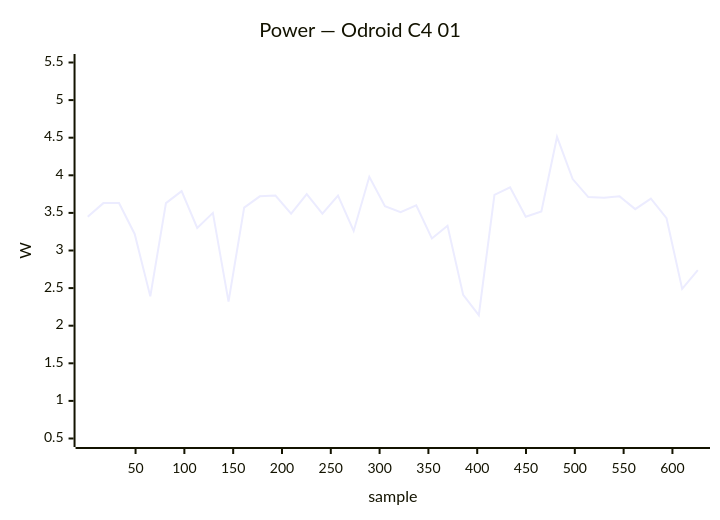
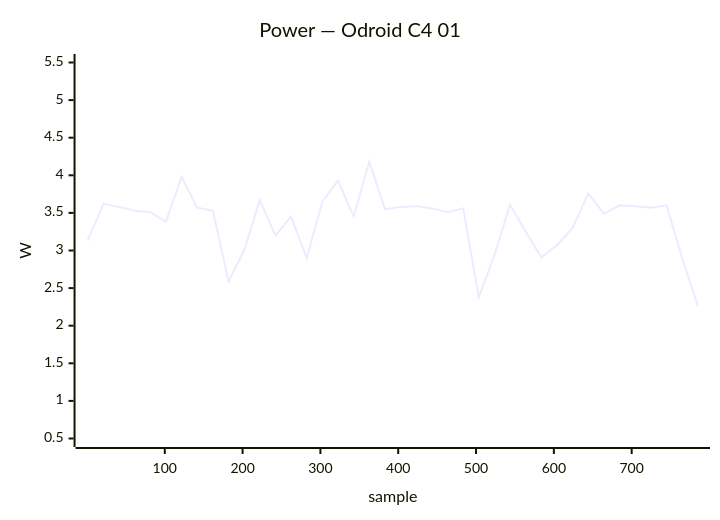
One commit to armbian/documentation changed diagram 25 of 41 in docs/status/board-tests.md. Above: the diagram before and after it, drawn with Mermaid. The commit also changed other lines of this file, not shown here.

````diff
--- a/docs/status/board-tests.md
+++ b/docs/status/board-tests.md
@@ -1129,7 +1100,7 @@
 ```mermaid
 xychart-beta
     title "Power — Odroid C4 01"
-    x-axis "sample" 1 --> 626
+    x-axis "sample" 1 --> 785
     y-axis "W" 0.5 --> 5.5
-    line [3.45, 3.63, 3.63, 3.22, 2.39, 3.63, 3.79, 3.30, 3.50, 2.32, 3.57, 3.72, 3.73, 3.49, 3.75, 3.49, 3.73, 3.26, 3.98, 3.59, 3.51, 3.60, 3.16, 3.33, 2.41, 2.14, 3.74, 3.84, 3.45, 3.52, 4.51, 3.95, 3.71, 3.70, 3.72, 3.55, 3.69, 3.43, 2.49, 2.74]
+    line [3.13, 3.62, 3.58, 3.53, 3.51, 3.38, 3.98, 3.57, 3.53, 2.59, 3.00, 3.67, 3.20, 3.45, 2.90, 3.65, 3.93, 3.45, 4.18, 3.55, 3.58, 3.59, 3.56, 3.51, 3.56, 2.38, 2.94, 3.61, 3.25, 2.91, 3.07, 3.30, 3.76, 3.49, 3.60, 3.59, 3.57, 3.60, 2.90, 2.26]
 ```
````
